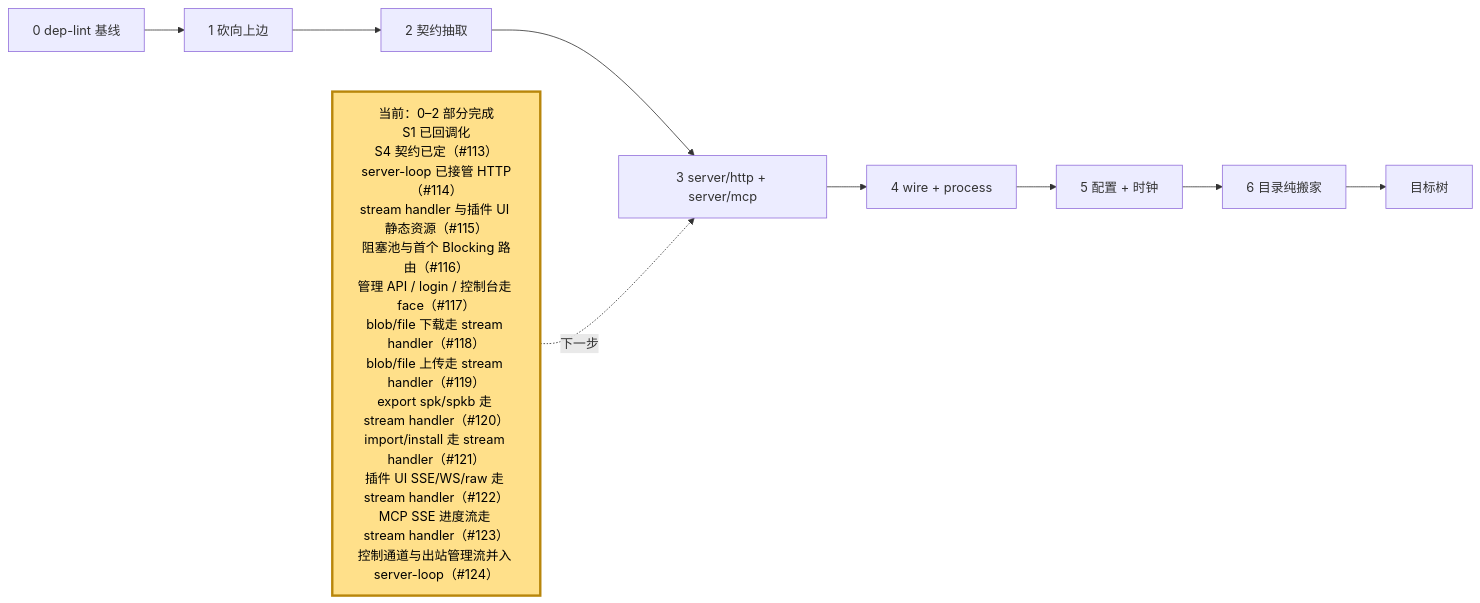
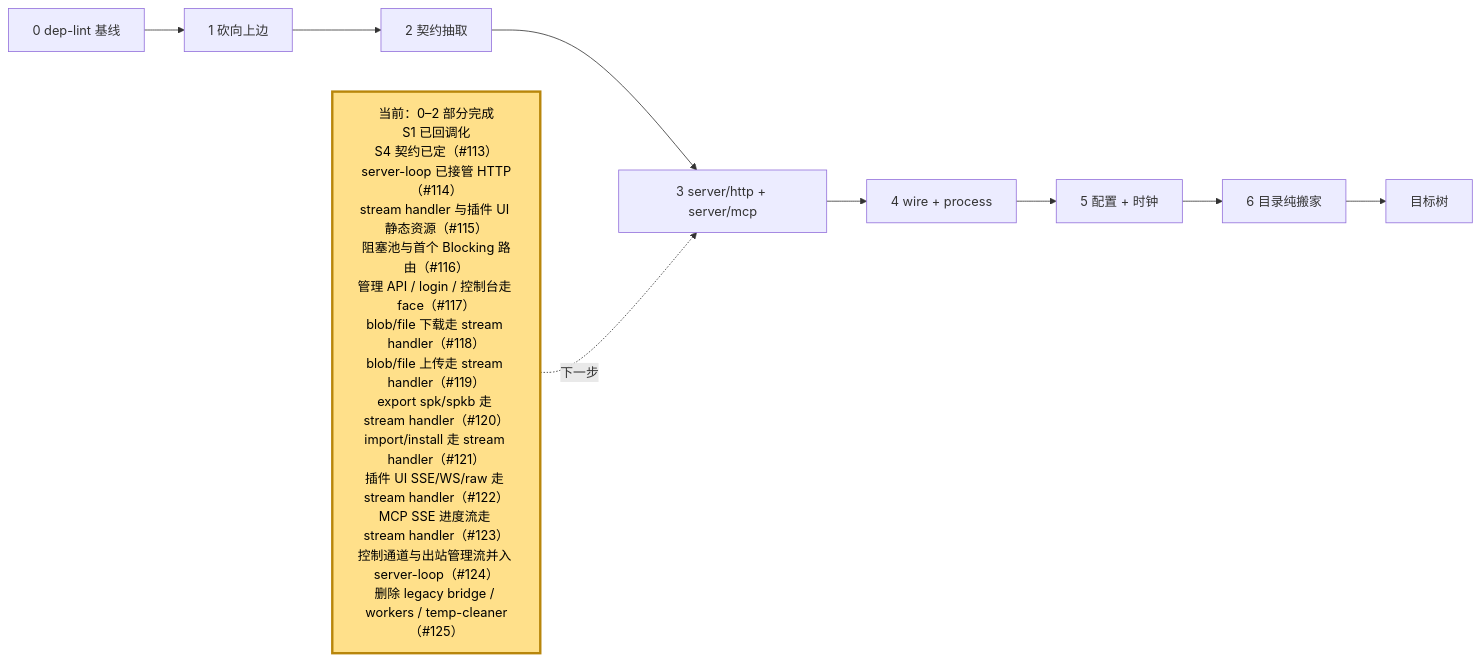
The fifth of 5 diagrams in docs/architecture.md (webxxxxx/plugin-manager), drawn with Mermaid before and after one commit. The commit also changed other lines of this file and 14 other files, not shown here.

First line of the commit message:
feat(server): 删除 legacy bridge / workers / takeover / temp-cleaner (#125)

````diff
--- a/docs/architecture.md
+++ b/docs/architecture.md
@@ -379,15 +379,15 @@
 ```mermaid
 flowchart LR
     S0["0 dep-lint 基线"] --> S1["1 砍向上边"]
     S1 --> S2["2 契约抽取"]
     S2 --> S3["3 server/http + server/mcp"]
     S3 --> S4["4 wire + process"]
     S4 --> S5["5 配置 + 时钟"]
     S5 --> S6["6 目录纯搬家"]
     S6 --> DONE["目标树"]
 
-    NOW["当前：0–2 部分完成<br/>S1 已回调化<br/>S4 契约已定（#113）<br/>server-loop 已接管 HTTP（#114）<br/>stream handler 与插件 UI 静态资源（#115）<br/>阻塞池与首个 Blocking 路由（#116）<br/>管理 API / login / 控制台走 face（#117）<br/>blob/file 下载走 stream handler（#118）<br/>blob/file 上传走 stream handler（#119）<br/>export spk/spkb 走 stream handler（#120）<br/>import/install 走 stream handler（#121）<br/>插件 UI SSE/WS/raw 走 stream handler（#122）<br/>MCP SSE 进度流走 stream handler（#123）<br/>控制通道与出站管理流并入 server-loop（#124）"]:::current
+    NOW["当前：0–2 部分完成<br/>S1 已回调化<br/>S4 契约已定（#113）<br/>server-loop 已接管 HTTP（#114）<br/>stream handler 与插件 UI 静态资源（#115）<br/>阻塞池与首个 Blocking 路由（#116）<br/>管理 API / login / 控制台走 face（#117）<br/>blob/file 下载走 stream handler（#118）<br/>blob/file 上传走 stream handler（#119）<br/>export spk/spkb 走 stream handler（#120）<br/>import/install 走 stream handler（#121）<br/>插件 UI SSE/WS/raw 走 stream handler（#122）<br/>MCP SSE 进度流走 stream handler（#123）<br/>控制通道与出站管理流并入 server-loop（#124）<br/>删除 legacy bridge / workers / temp-cleaner（#125）"]:::current
     NOW -.->|下一步| S3
 
     classDef current fill:#ffe08a,stroke:#b8860b,stroke-width:3px,color:#000
 ```
````
